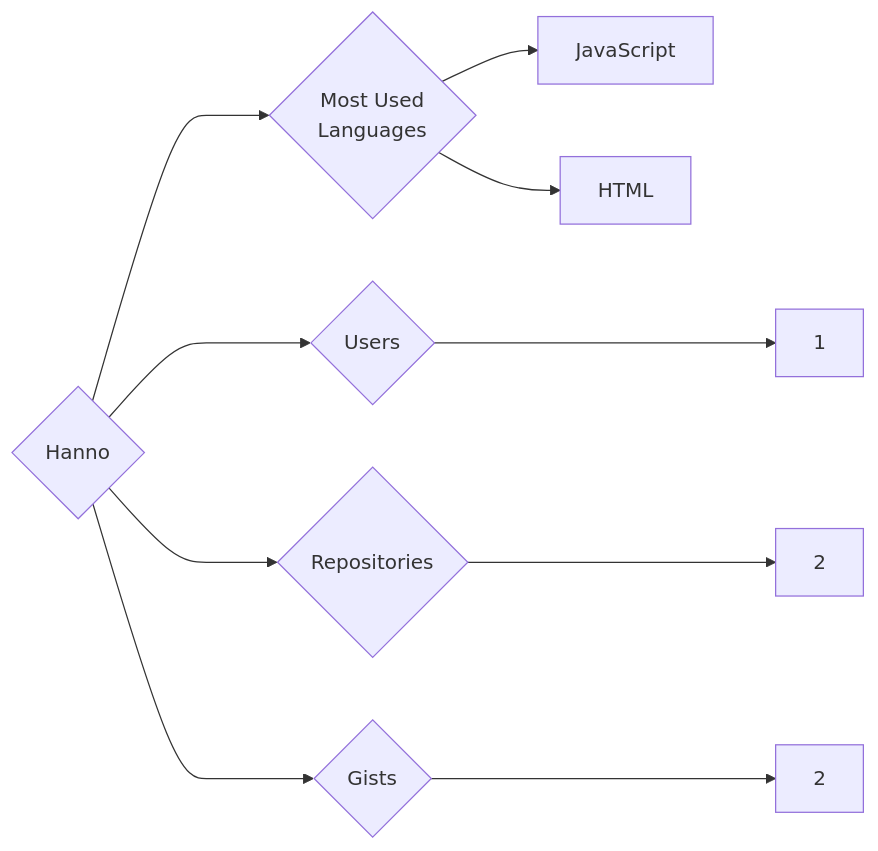
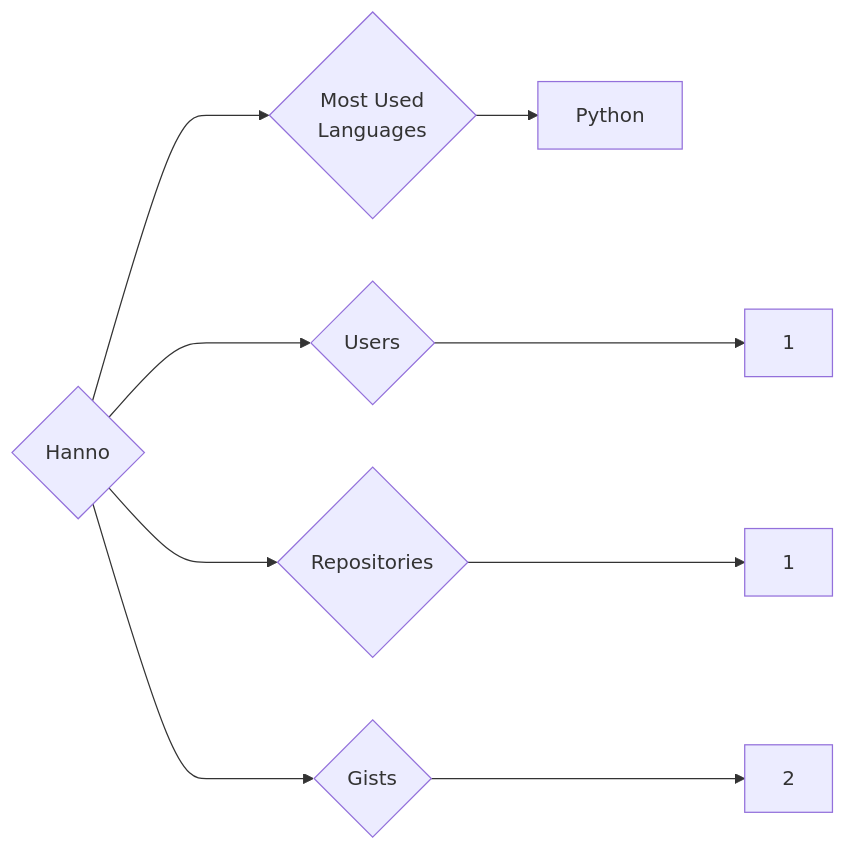
One commit to trickest/insiders changed the diagram in targets/Hanno/README.md. Above: the diagram before and after it, drawn with Mermaid. The commit also changed 891 other files, not shown here.

````diff
--- a/targets/Hanno/README.md
+++ b/targets/Hanno/README.md
@@ -3,10 +3,9 @@
 ```mermaid
 graph LR
 COMPANY_NAME{Hanno}
 COMPANY_NAME ---> U{Users} ---> UN[1]
-COMPANY_NAME ---> R{Repositories} ---> RN[2]
+COMPANY_NAME ---> R{Repositories} ---> RN[1]
 COMPANY_NAME ---> G{Gists} ---> GN[2]
 COMPANY_NAME ---> ML{Most Used<br>Languages}
-ML --> JavaScript[JavaScript]
-ML --> HTML[HTML]
+ML --> Python[Python]
 ```
````
